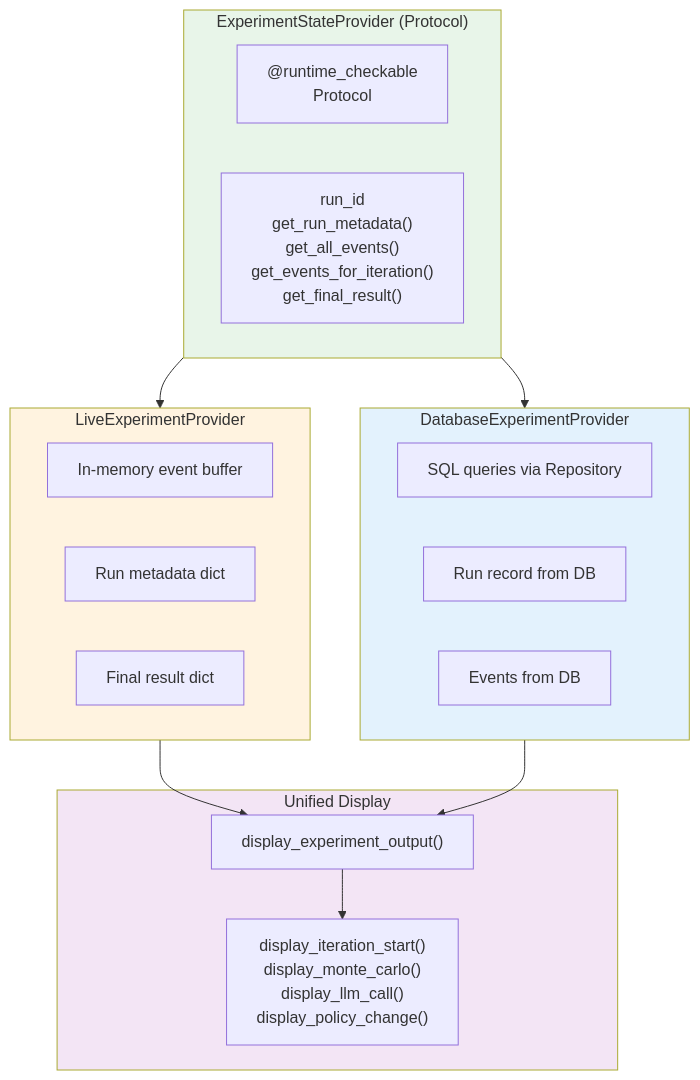
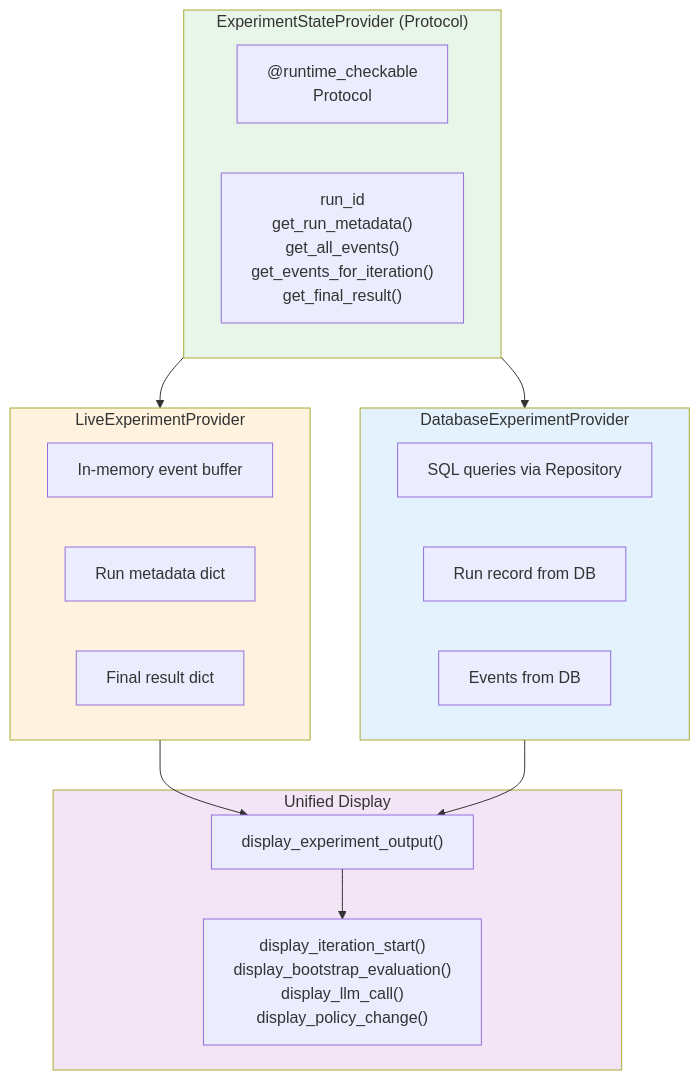
Before and after one commit to aerugo/SimCash: the first of 7 diagrams in docs/reference/castro/state-provider.md, drawn with Mermaid. The commit also changed other lines of this file and 3 other files, not shown here.

````diff
--- a/docs/reference/castro/state-provider.md
+++ b/docs/reference/castro/state-provider.md
@@ -16,37 +16,37 @@
 ```mermaid
 flowchart TB
     subgraph Protocol["ExperimentStateProvider (Protocol)"]
         Interface["@runtime_checkable<br/>Protocol"]
         Methods["run_id<br/>get_run_metadata()<br/>get_all_events()<br/>get_events_for_iteration()<br/>get_final_result()"]
     end
 
     subgraph Live["LiveExperimentProvider"]
         LiveData["In-memory event buffer"]
         LiveMeta["Run metadata dict"]
         LiveResult["Final result dict"]
     end
 
     subgraph Database["DatabaseExperimentProvider"]
         DBQuery["SQL queries via Repository"]
         DBMeta["Run record from DB"]
         DBEvents["Events from DB"]
     end
 
     subgraph Display["Unified Display"]
         Unified["display_experiment_output()"]
-        Handlers["display_iteration_start()<br/>display_monte_carlo()<br/>display_llm_call()<br/>display_policy_change()"]
+        Handlers["display_iteration_start()<br/>display_bootstrap_evaluation()<br/>display_llm_call()<br/>display_policy_change()"]
     end
 
     Protocol --> Live
     Protocol --> Database
 
     Live --> Unified
     Database --> Unified
 
     Unified --> Handlers
 
     style Protocol fill:#e8f5e9
     style Live fill:#fff3e0
     style Database fill:#e3f2fd
     style Display fill:#f3e5f5
 ```
````
